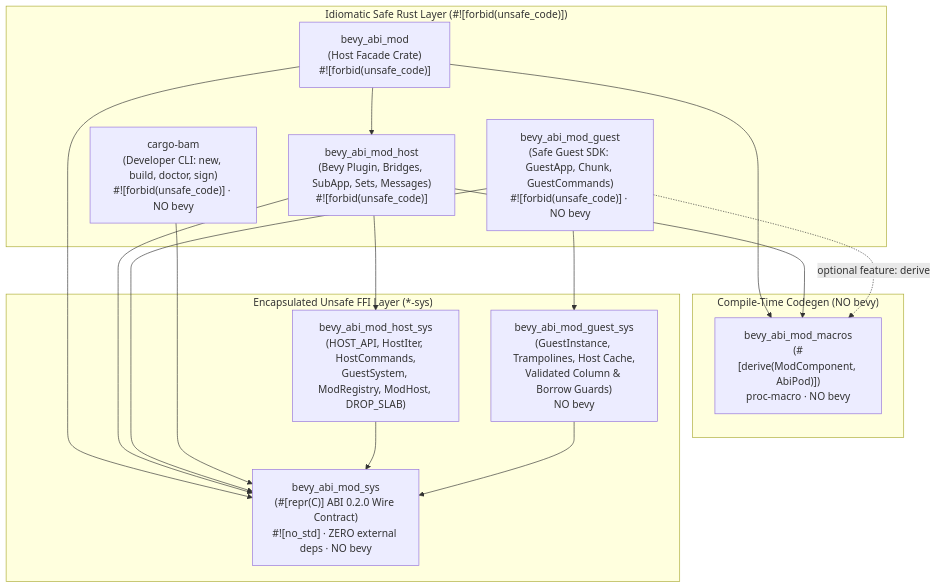
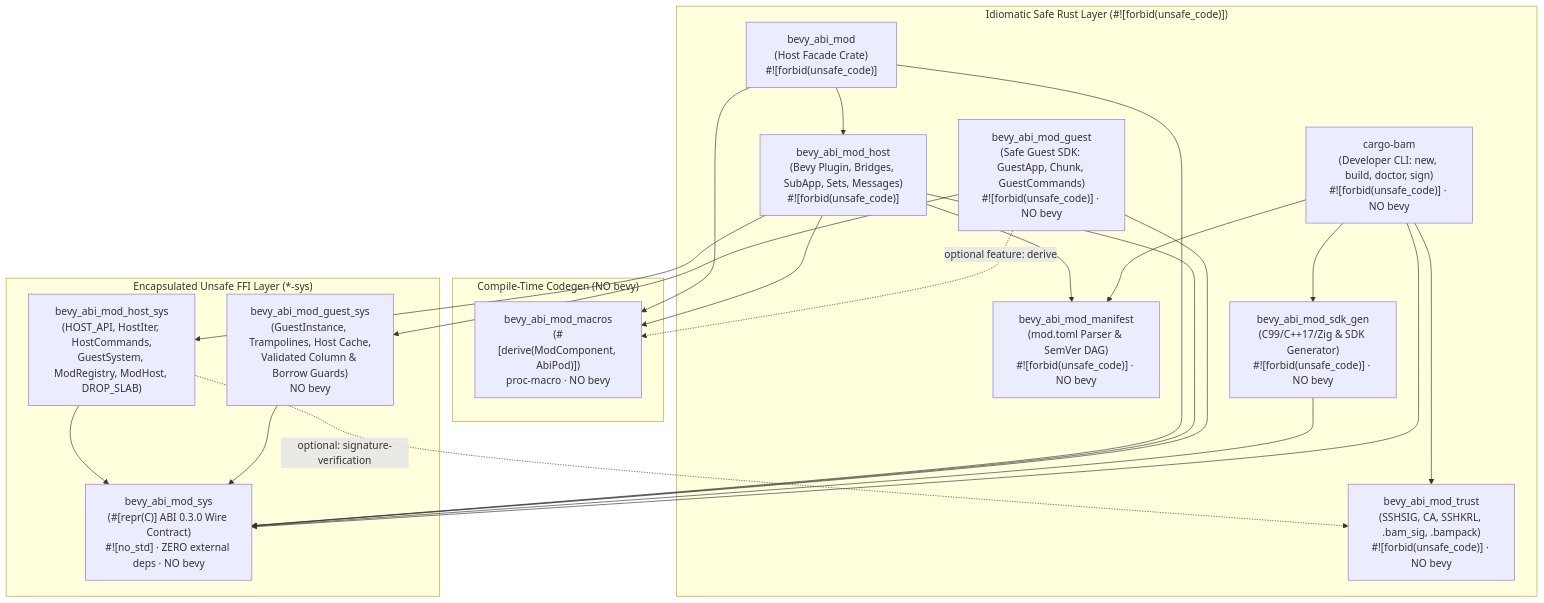
The diagram in spec.md (yaga-simha/bevy_mod_abi), drawn with Mermaid before and after one commit. The commit also changed other lines of this file and 120 other files, not shown here.

First line of the commit message:
feat: complete Phase 1 P0 CI recovery, AbiPod zero-padding, trust/manifest/sdk_gen extraction, and ABI 0.3.0 wire lock

````diff
--- a/spec.md
+++ b/spec.md
@@ -37,35 +37,45 @@
 ```mermaid
 flowchart TD
     subgraph SafeLayer["Idiomatic Safe Rust Layer (#![forbid(unsafe_code)])"]
         BAM["bevy_abi_mod<br/>(Host Facade Crate)<br/>#![forbid(unsafe_code)]"]
         HOST["bevy_abi_mod_host<br/>(Bevy Plugin, Bridges, SubApp, Sets, Messages)<br/>#![forbid(unsafe_code)]"]
         GUEST["bevy_abi_mod_guest<br/>(Safe Guest SDK: GuestApp, Chunk, GuestCommands)<br/>#![forbid(unsafe_code)] · NO bevy"]
+        TRUST["bevy_abi_mod_trust<br/>(SSHSIG, CA, SSHKRL, .bam_sig, .bampack)<br/>#![forbid(unsafe_code)] · NO bevy"]
+        MANIFEST["bevy_abi_mod_manifest<br/>(mod.toml Parser & SemVer DAG)<br/>#![forbid(unsafe_code)] · NO bevy"]
+        SDKGEN["bevy_abi_mod_sdk_gen<br/>(C99/C++17/Zig & SDK Generator)<br/>#![forbid(unsafe_code)] · NO bevy"]
         CLI["cargo-bam<br/>(Developer CLI: new, build, doctor, sign)<br/>#![forbid(unsafe_code)] · NO bevy"]
     end
 
     subgraph MacroLayer["Compile-Time Codegen (NO bevy)"]
         MACROS["bevy_abi_mod_macros<br/>(#[derive(ModComponent, AbiPod)])<br/>proc-macro · NO bevy"]
     end
 
     subgraph SysLayer["Encapsulated Unsafe FFI Layer (*-sys)"]
         HOST_SYS["bevy_abi_mod_host_sys<br/>(HOST_API, HostIter, HostCommands,<br/>GuestSystem, ModRegistry, ModHost, DROP_SLAB)"]
         GUEST_SYS["bevy_abi_mod_guest_sys<br/>(GuestInstance, Trampolines, Host Cache,<br/>Validated Column & Borrow Guards)<br/>NO bevy"]
-        SYS["bevy_abi_mod_sys<br/>(#[repr(C)] ABI 0.2.0 Wire Contract)<br/>#![no_std] · ZERO external deps · NO bevy"]
+        SYS["bevy_abi_mod_sys<br/>(#[repr(C)] ABI 0.3.0 Wire Contract)<br/>#![no_std] · ZERO external deps · NO bevy"]
     end
 
     BAM --> HOST
     BAM --> MACROS
     BAM --> SYS
 
     HOST --> HOST_SYS
+    HOST --> MANIFEST
     HOST --> MACROS
     HOST --> SYS
+
+    HOST_SYS -. "optional: signature-verification" .-> TRUST
+    HOST_SYS --> SYS
 
     GUEST --> GUEST_SYS
     GUEST -. "optional feature: derive" .-> MACROS
     GUEST --> SYS
+    GUEST_SYS --> SYS
+
+    SDKGEN --> SYS
     CLI --> SYS
-
-    HOST_SYS --> SYS
-    GUEST_SYS --> SYS
+    CLI --> TRUST
+    CLI --> MANIFEST
+    CLI --> SDKGEN
 ```
````
